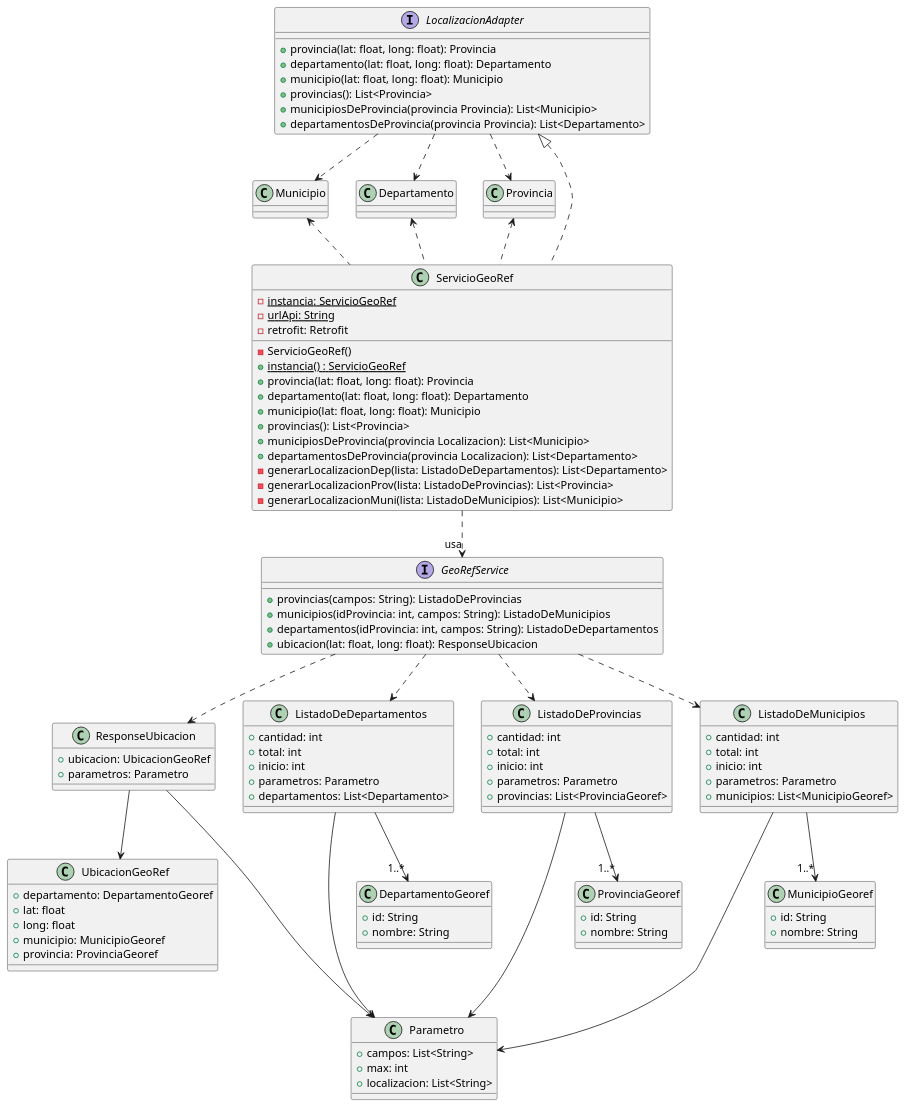
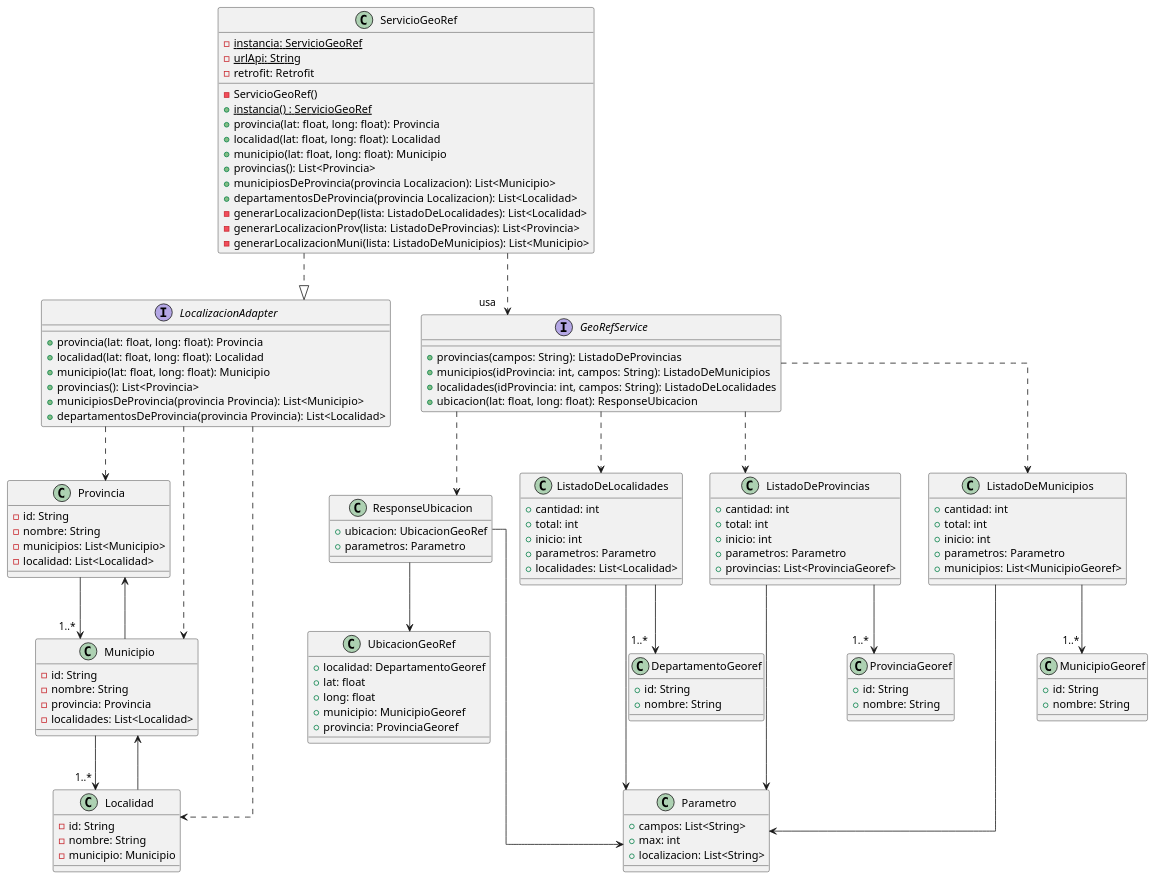
The diagram in DC/georef.puml (mbertogliati/dds-tpa), drawn with PlantUML before and after one commit. The commit also changed 1 other file, not shown here.

Commit message:
cambios jerarquia georef

```diff
--- a/DC/georef.puml
+++ b/DC/georef.puml
@@ -1,116 +1,139 @@
 @startuml
+skinparam linetype ortho
+
+
+Provincia --> "1..*" Municipio
+Municipio --> "1..*" Localidad
+Localidad --> Municipio
+Municipio --> Provincia
+
+class Provincia{
+    -id: String
+    -nombre: String
+    -municipios: List<Municipio>
+    -localidad: List<Localidad>
+}
+
+class Municipio{
+    -id: String
+    -nombre: String
+    -provincia: Provincia
+    -localidades: List<Localidad>
+}
+
+class Localidad{
+    -id: String
+    -nombre: String
+    -municipio: Municipio
+}
 
 interface LocalizacionAdapter{
     + provincia(lat: float, long: float): Provincia
-    + departamento(lat: float, long: float): Departamento
+    + localidad(lat: float, long: float): Localidad
     + municipio(lat: float, long: float): Municipio
     + provincias(): List<Provincia>
     + municipiosDeProvincia(provincia Provincia): List<Municipio>
-    + departamentosDeProvincia(provincia Provincia): List<Departamento>
+    + departamentosDeProvincia(provincia Provincia): List<Localidad>
 }
 LocalizacionAdapter ..> Provincia
-LocalizacionAdapter ..> Departamento
+LocalizacionAdapter ..> Localidad
 LocalizacionAdapter ..> Municipio
 
 interface GeoRefService{
     + provincias(campos: String): ListadoDeProvincias
     + municipios(idProvincia: int, campos: String): ListadoDeMunicipios
-    + departamentos(idProvincia: int, campos: String): ListadoDeDepartamentos
+    + localidades(idProvincia: int, campos: String): ListadoDeLocalidades
     + ubicacion(lat: float, long: float): ResponseUbicacion
 }
 
-ServicioGeoRef .up.|> LocalizacionAdapter
-
-ServicioGeoRef .up.> Provincia
-ServicioGeoRef .up.> Departamento
-ServicioGeoRef .up.> Municipio
+ServicioGeoRef ..|> LocalizacionAdapter
 
 class ServicioGeoRef{
     {static} -instancia: ServicioGeoRef
     {static} -urlApi: String
     - retrofit: Retrofit
 
     -ServicioGeoRef()
     {static}+instancia() : ServicioGeoRef
     + provincia(lat: float, long: float): Provincia
-    + departamento(lat: float, long: float): Departamento
+    + localidad(lat: float, long: float): Localidad
     + municipio(lat: float, long: float): Municipio
     + provincias(): List<Provincia>
     + municipiosDeProvincia(provincia Localizacion): List<Municipio>
-    + departamentosDeProvincia(provincia Localizacion): List<Departamento>
-    -generarLocalizacionDep(lista: ListadoDeDepartamentos): List<Departamento>
+    + departamentosDeProvincia(provincia Localizacion): List<Localidad>
+    -generarLocalizacionDep(lista: ListadoDeLocalidades): List<Localidad>
     -generarLocalizacionProv(lista: ListadoDeProvincias): List<Provincia>
     -generarLocalizacionMuni(lista: ListadoDeMunicipios): List<Municipio>
 }
 
 class ResponseUbicacion{
     + ubicacion: UbicacionGeoRef
     + parametros: Parametro
 }
 
 GeoRefService ..> ResponseUbicacion
 ResponseUbicacion --> UbicacionGeoRef
 ResponseUbicacion --> Parametro
 
 class UbicacionGeoRef{
-    + departamento: DepartamentoGeoref
+    + localidad: DepartamentoGeoref
     + lat: float
     + long: float
     + municipio: MunicipioGeoref
     + provincia: ProvinciaGeoref
 }
 
 ServicioGeoRef .down.>"usa" GeoRefService
 
 class Parametro{
     + campos: List<String>
     + max: int
     + localizacion: List<String>
 }
 
-class ListadoDeDepartamentos{
+class ListadoDeLocalidades{
     + cantidad: int
     + total: int
     + inicio: int
     + parametros: Parametro
-    + departamentos: List<Departamento>
+    + localidades: List<Localidad>
 }
-ListadoDeDepartamentos --> "1..*" DepartamentoGeoref
-ListadoDeDepartamentos --> Parametro
+ListadoDeLocalidades --> "1..*" DepartamentoGeoref
+ListadoDeLocalidades --> Parametro
 ListadoDeProvincias --> Parametro
 ListadoDeMunicipios ---> Parametro
 class ListadoDeProvincias{
     + cantidad: int
     + total: int
     + inicio: int
     + parametros: Parametro
     + provincias: List<ProvinciaGeoref>
 }
 ListadoDeProvincias --> "1..*" ProvinciaGeoref
 class ListadoDeMunicipios{
     + cantidad: int
     + total: int
     + inicio: int
     + parametros: Parametro
     + municipios: List<MunicipioGeoref>
 }
 ListadoDeMunicipios --> "1..*" MunicipioGeoref
 
 class DepartamentoGeoref{
     +id: String
     +nombre: String
 }
 class ProvinciaGeoref{
     +id: String
     +nombre: String
 }
 class MunicipioGeoref{
     +id: String
     +nombre: String
 }
 
-GeoRefService ..> ListadoDeDepartamentos
+GeoRefService ..> ListadoDeLocalidades
 GeoRefService ..> ListadoDeProvincias
 GeoRefService ..> ListadoDeMunicipios
 
 @enduml
```
